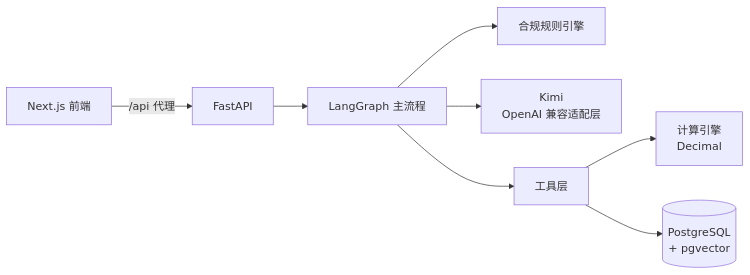
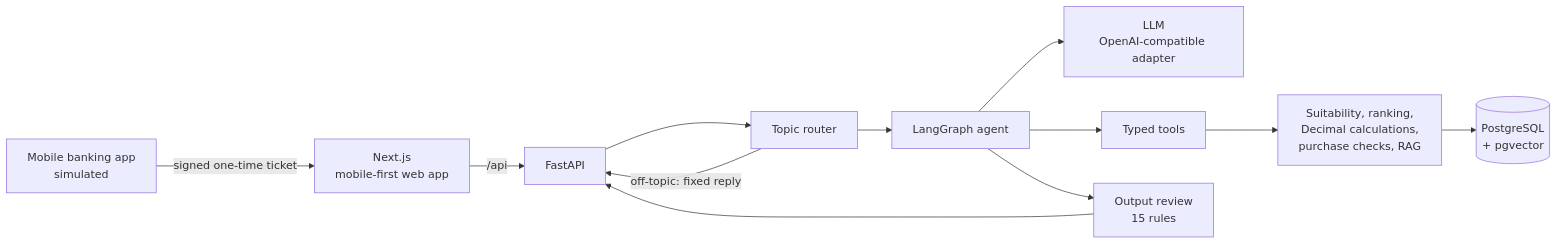
One commit to Zeye430/WealthPilot_Agent changed the diagram in README.md. Above: the diagram before and after it, drawn with Mermaid. The commit also changed other lines of this file and 55 other files, not shown here.

````diff
--- a/README.md
+++ b/README.md
@@ -28,10 +55,14 @@
 ```mermaid
 flowchart LR
-    U[Next.js 前端] -->|/api 代理| API[FastAPI]
-    API --> G[LangGraph 主流程]
-    G --> P[合规规则引擎]
-    G --> LLM[Kimi<br/>OpenAI 兼容适配层]
-    G --> T[工具层]
-    T --> CALC[计算引擎<br/>Decimal]
-    T --> DB[(PostgreSQL<br/>+ pgvector)]
+    APP[Mobile banking app<br/>simulated] -->|signed one-time ticket| FE[Next.js<br/>mobile-first web app]
+    FE -->|/api| API[FastAPI]
+    API --> R[Topic router]
+    R -->|off-topic: fixed reply| API
+    R --> G[LangGraph agent]
+    G --> LLM[LLM<br/>OpenAI-compatible adapter]
+    G --> T[Typed tools]
+    T --> BIZ[Suitability, ranking,<br/>Decimal calculations,<br/>purchase checks, RAG]
+    BIZ --> DB[(PostgreSQL<br/>+ pgvector)]
+    G --> OG[Output review<br/>15 rules]
+    OG --> API
 ```
````
